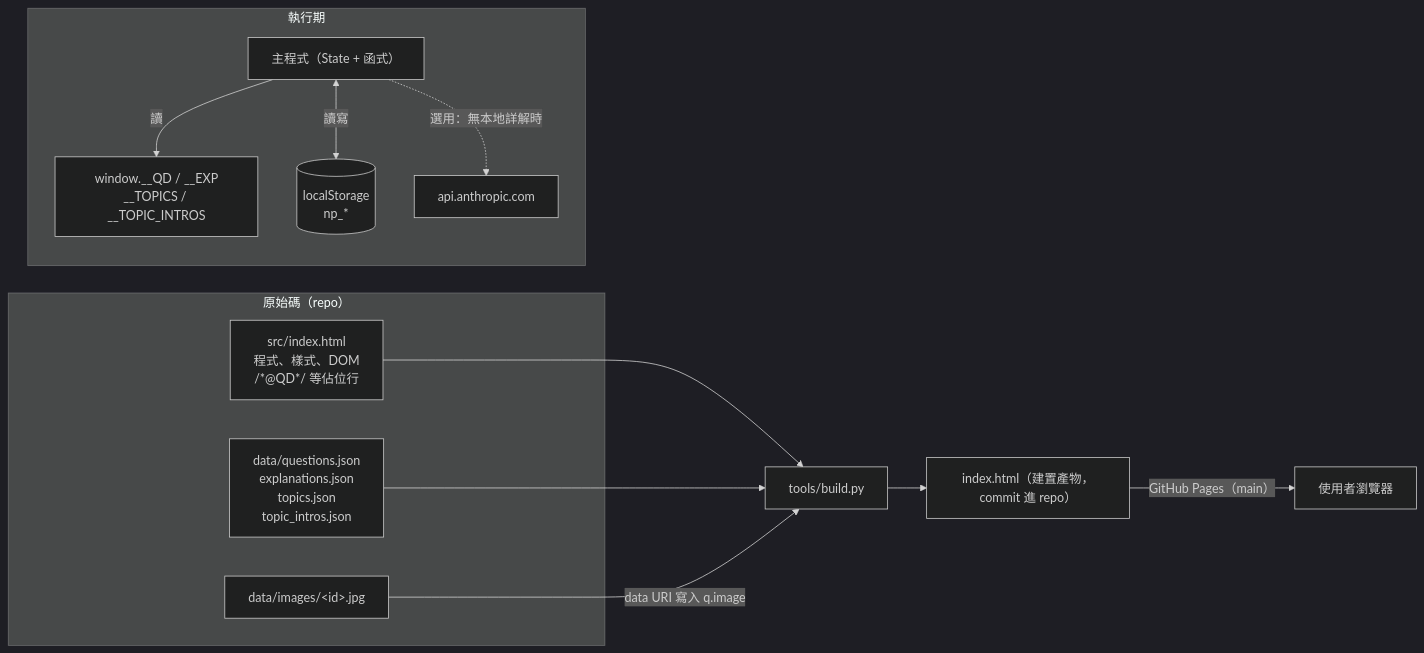
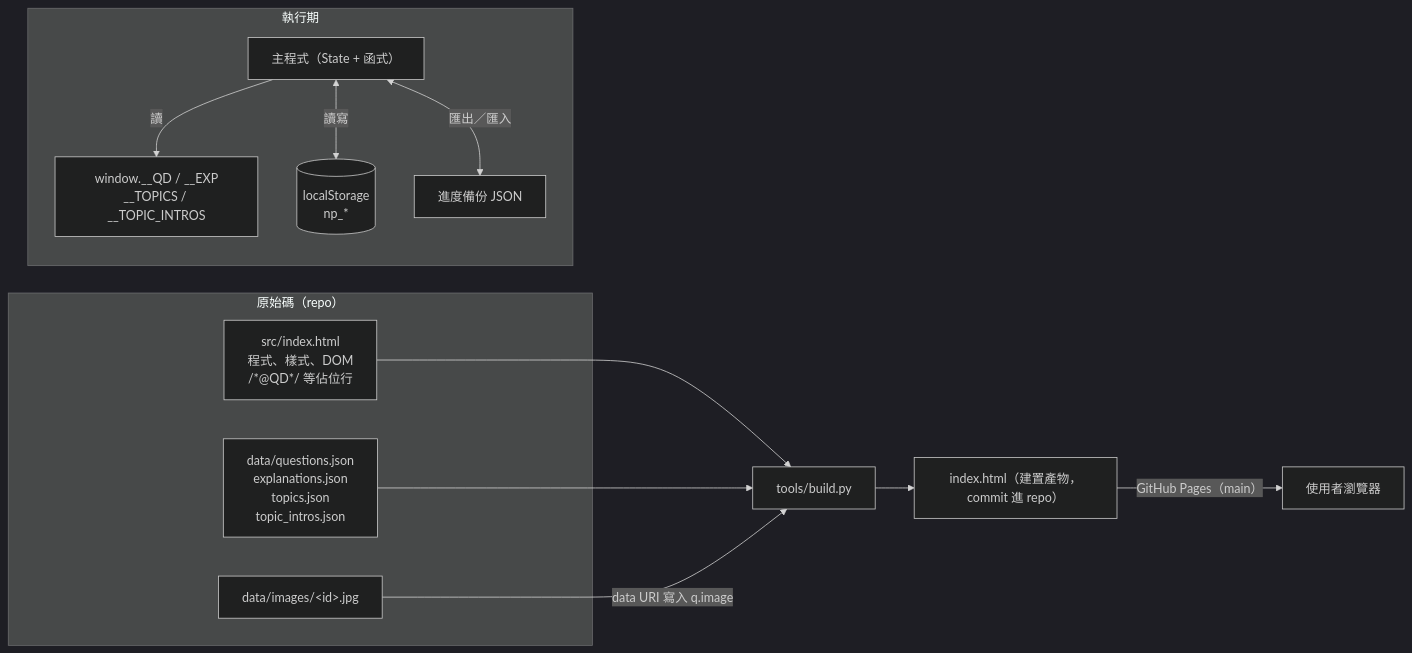
Before and after one commit to bobyu89/np-quiz: the first of 2 diagrams in docs/ARCHITECTURE.md, drawn with Mermaid (dark theme). The commit also changed other lines of this file and 4 other files, not shown here.

````diff
--- a/docs/ARCHITECTURE.md
+++ b/docs/ARCHITECTURE.md
@@ -10,20 +10,20 @@
 ```mermaid
 flowchart LR
   subgraph SRC["原始碼（repo）"]
     TPL["src/index.html<br/>程式、樣式、DOM<br/>/*@QD*/ 等佔位行"]
     DATA["data/questions.json<br/>explanations.json<br/>topics.json<br/>topic_intros.json"]
     IMG["data/images/&lt;id&gt;.jpg"]
   end
   BUILD["tools/build.py"]
   TPL --> BUILD
   DATA --> BUILD
   IMG -- data URI 寫入 q.image --> BUILD
   BUILD --> OUT["index.html（建置產物，commit 進 repo）"]
   OUT -- GitHub Pages（main） --> WEB["使用者瀏覽器"]
   subgraph RT["執行期"]
     APP["主程式（State + 函式）"]
     APP -- 讀 --> G["window.__QD / __EXP<br/>__TOPICS / __TOPIC_INTROS"]
     APP <-- 讀寫 --> LS[("localStorage<br/>np_*")]
-    APP -. 選用：無本地詳解時 .-> API["api.anthropic.com"]
+    APP <-- 匯出／匯入 --> BK["進度備份 JSON"]
   end
 ```
````
